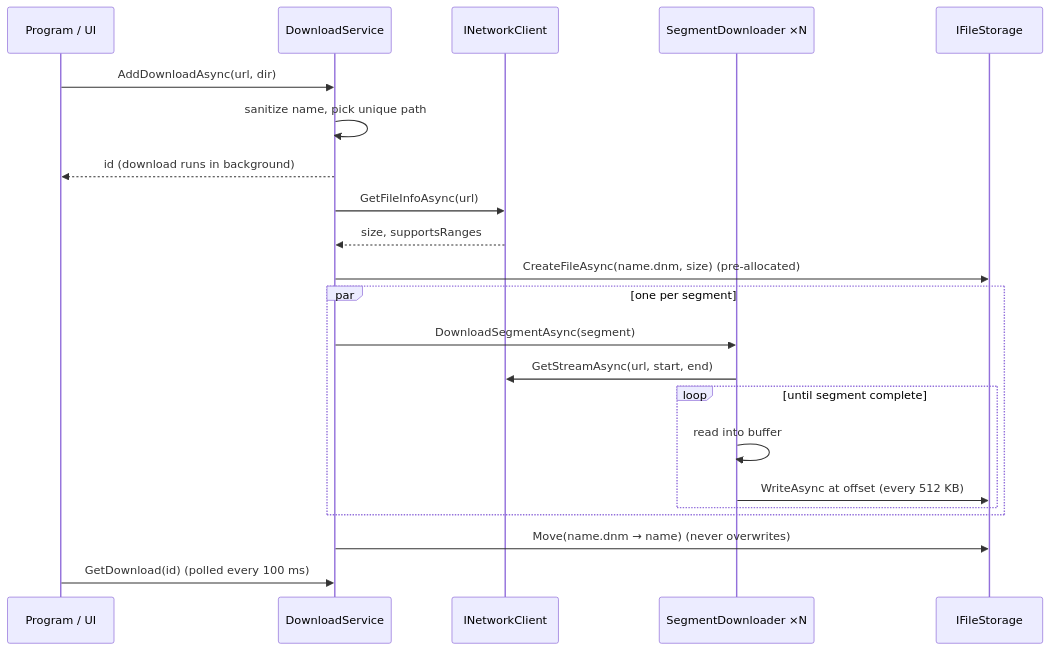
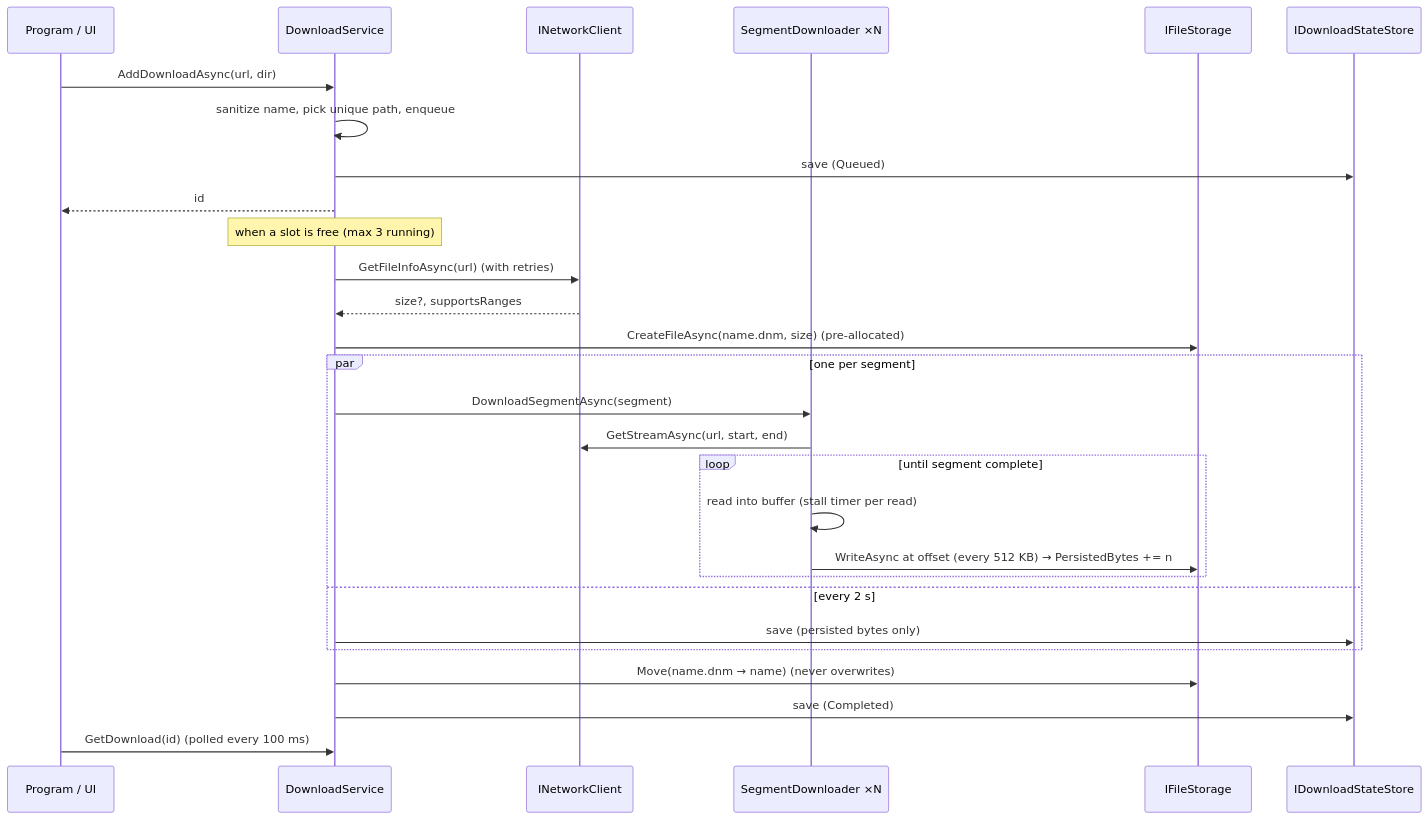
One commit to Parth2500/Sleipnir changed the second of 3 diagrams in docs/ARCHITECTURE.md. Above: the diagram before and after it, drawn with Mermaid. The commit also changed other lines of this file and 29 other files, not shown here.

````diff
--- a/docs/ARCHITECTURE.md
+++ b/docs/ARCHITECTURE.md
@@ -40,25 +43,31 @@
 ```mermaid
 sequenceDiagram
     participant UI as Program / UI
     participant DS as DownloadService
     participant NC as INetworkClient
     participant SD as SegmentDownloader ×N
     participant FS as IFileStorage
+    participant ST as IDownloadStateStore
 
     UI->>DS: AddDownloadAsync(url, dir)
-    DS->>DS: sanitize name, pick unique path
-    DS-->>UI: id (download runs in background)
-    DS->>NC: GetFileInfoAsync(url)
-    NC-->>DS: size, supportsRanges
+    DS->>DS: sanitize name, pick unique path, enqueue
+    DS->>ST: save (Queued)
+    DS-->>UI: id
+    Note over DS: when a slot is free (max 3 running)
+    DS->>NC: GetFileInfoAsync(url)  (with retries)
+    NC-->>DS: size?, supportsRanges
     DS->>FS: CreateFileAsync(name.dnm, size)  (pre-allocated)
     par one per segment
         DS->>SD: DownloadSegmentAsync(segment)
         SD->>NC: GetStreamAsync(url, start, end)
         loop until segment complete
-            SD->>SD: read into buffer
-            SD->>FS: WriteAsync at offset (every 512 KB)
+            SD->>SD: read into buffer (stall timer per read)
+            SD->>FS: WriteAsync at offset (every 512 KB) → PersistedBytes += n
         end
+    and every 2 s
+        DS->>ST: save (persisted bytes only)
     end
     DS->>FS: Move(name.dnm → name)  (never overwrites)
+    DS->>ST: save (Completed)
     UI->>DS: GetDownload(id)  (polled every 100 ms)
 ```
````
